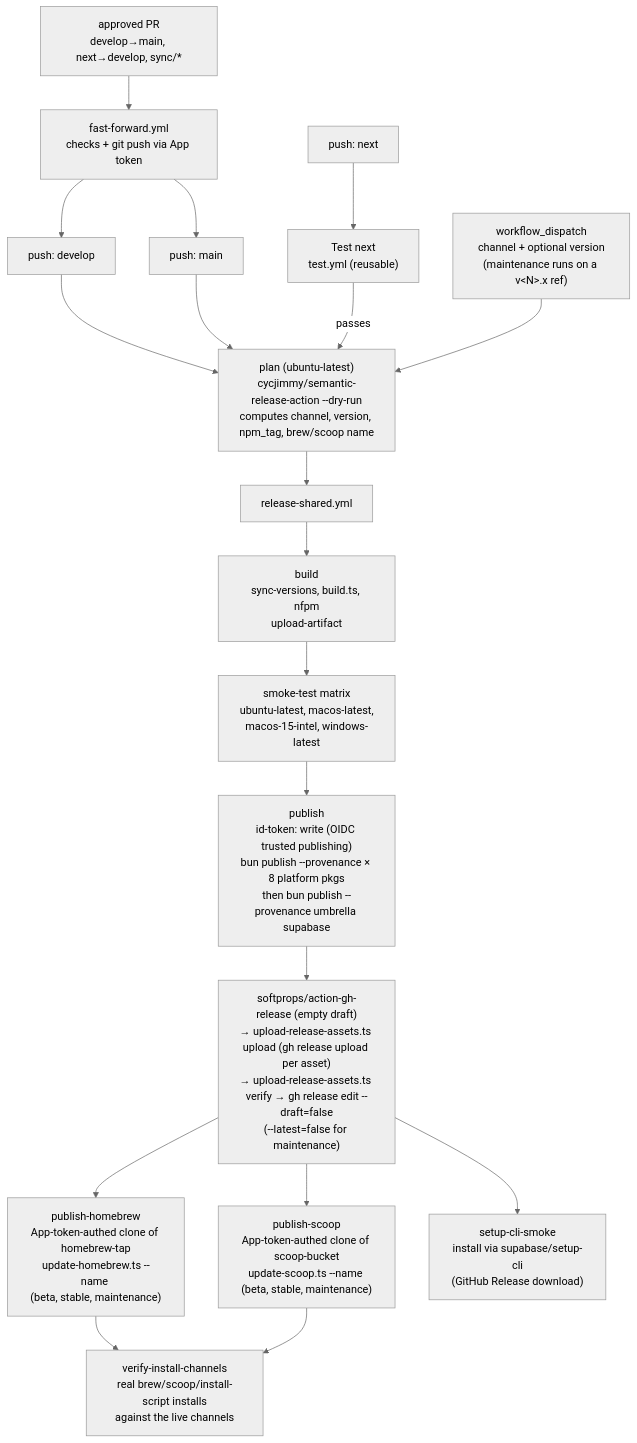
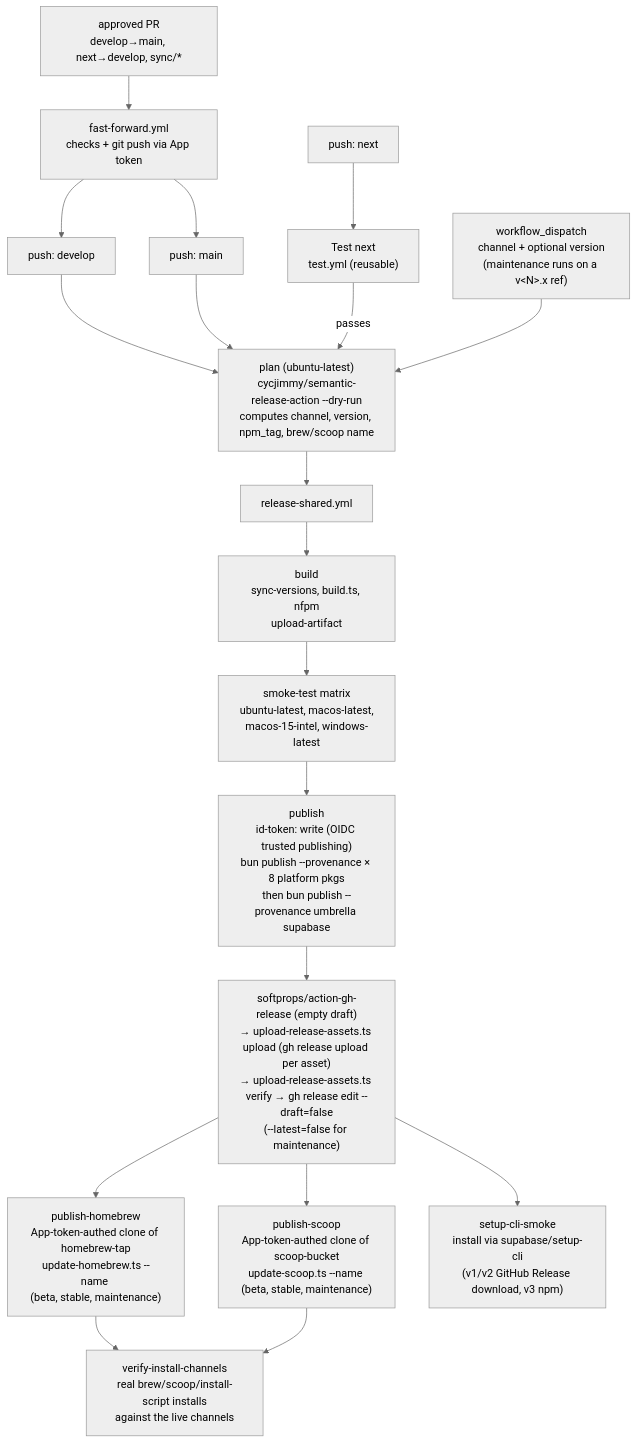
Before and after one commit to supabase/cli: the third of 3 diagrams in apps/cli/docs/release-process.md, drawn with Mermaid (neutral theme). The commit also changed other lines of this file and 1 other file, not shown here.

First paragraph of the commit message:
ci(cli): smoke-test supabase/setup-cli@v3 after releases (#7403)
## Summary

````diff
--- a/apps/cli/docs/release-process.md
+++ b/apps/cli/docs/release-process.md
@@ -244,25 +244,25 @@
 ```mermaid
 flowchart TD
     pushDev[push: develop] --> plan
     pushMain[push: main] --> plan
     pushNext[push: next] --> testNext["Test next<br/>test.yml (reusable)"]
     testNext -->|passes| plan
     pr["approved PR<br/>develop→main, next→develop, sync/*"] --> ff["fast-forward.yml<br/>checks + git push via App token"]
     ff --> pushMain
     ff --> pushDev
     dispatch["workflow_dispatch<br/>channel + optional version<br/>(maintenance runs on a v&lt;N&gt;.x ref)"] --> plan
 
     plan["plan (ubuntu-latest)<br/>cycjimmy/semantic-release-action --dry-run<br/>computes channel, version, npm_tag, brew/scoop name"]
     plan --> shared
 
     shared["release-shared.yml"]
     shared --> build["build<br/>sync-versions, build.ts, nfpm<br/>upload-artifact"]
     build --> smoke["smoke-test matrix<br/>ubuntu-latest, macos-latest,<br/>macos-15-intel, windows-latest"]
     smoke --> pub["publish<br/>id-token: write (OIDC trusted publishing)<br/>bun publish --provenance × 8 platform pkgs<br/>then bun publish --provenance umbrella supabase"]
     pub --> rel["softprops/action-gh-release (empty draft)<br/>→ upload-release-assets.ts upload (gh release upload per asset)<br/>→ upload-release-assets.ts verify → gh release edit --draft=false<br/>(--latest=false for maintenance)"]
     rel --> hb["publish-homebrew<br/>App-token-authed clone of homebrew-tap<br/>update-homebrew.ts --name <brew_name><br/>(beta, stable, maintenance)"]
     rel --> sc["publish-scoop<br/>App-token-authed clone of scoop-bucket<br/>update-scoop.ts --name <scoop_name><br/>(beta, stable, maintenance)"]
-    rel --> sucs["setup-cli-smoke<br/>install via supabase/setup-cli<br/>(GitHub Release download)"]
+    rel --> sucs["setup-cli-smoke<br/>install via supabase/setup-cli<br/>(v1/v2 GitHub Release download, v3 npm)"]
     hb --> vic["verify-install-channels<br/>real brew/scoop/install-script installs<br/>against the live channels"]
     sc --> vic
 ```
````
